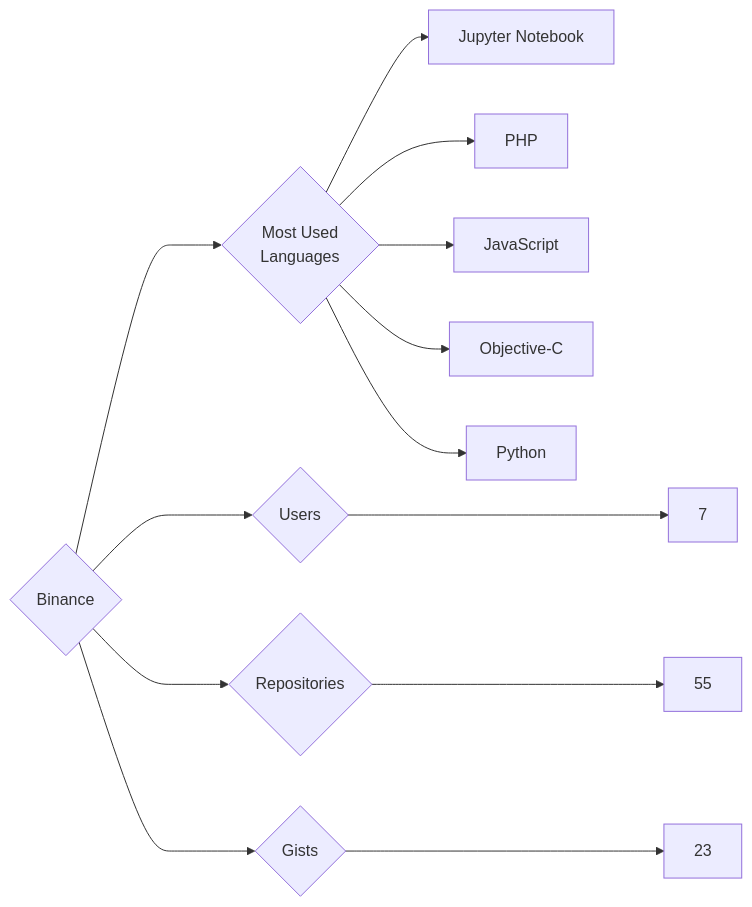
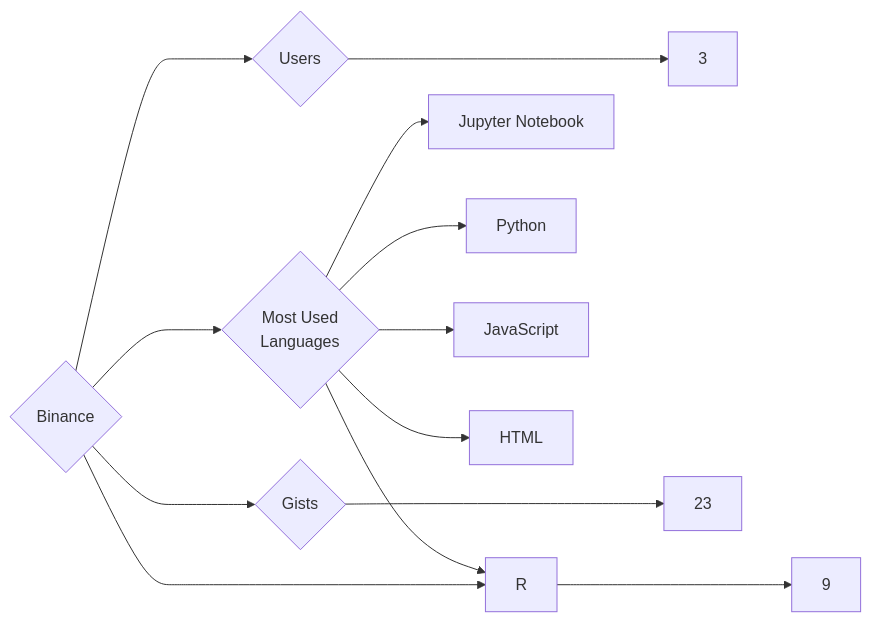
Before and after one commit to trickest/insiders: the diagram in targets/Binance/README.md, drawn with Mermaid. The commit also changed 776 other files, not shown here.

````diff
--- a/targets/Binance/README.md
+++ b/targets/Binance/README.md
@@ -3,13 +3,13 @@
 ```mermaid
 graph LR
 COMPANY_NAME{Binance}
-COMPANY_NAME ---> U{Users} ---> UN[7]
-COMPANY_NAME ---> R{Repositories} ---> RN[55]
+COMPANY_NAME ---> U{Users} ---> UN[3]
+COMPANY_NAME ---> R{Repositories} ---> RN[9]
 COMPANY_NAME ---> G{Gists} ---> GN[23]
 COMPANY_NAME ---> ML{Most Used<br>Languages}
 ML --> Jupyter_Notebook[Jupyter Notebook]
-ML --> PHP[PHP]
+ML --> R[R]
+ML --> Python[Python]
 ML --> JavaScript[JavaScript]
-ML --> Objective-C[Objective-C]
-ML --> Python[Python]
+ML --> HTML[HTML]
 ```
````
